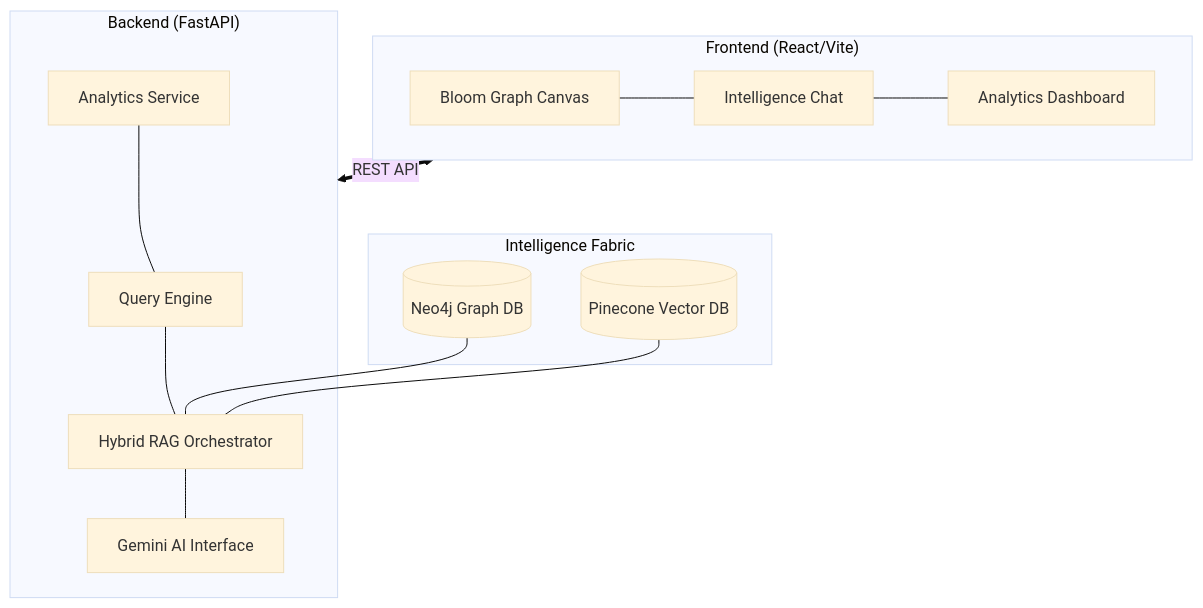
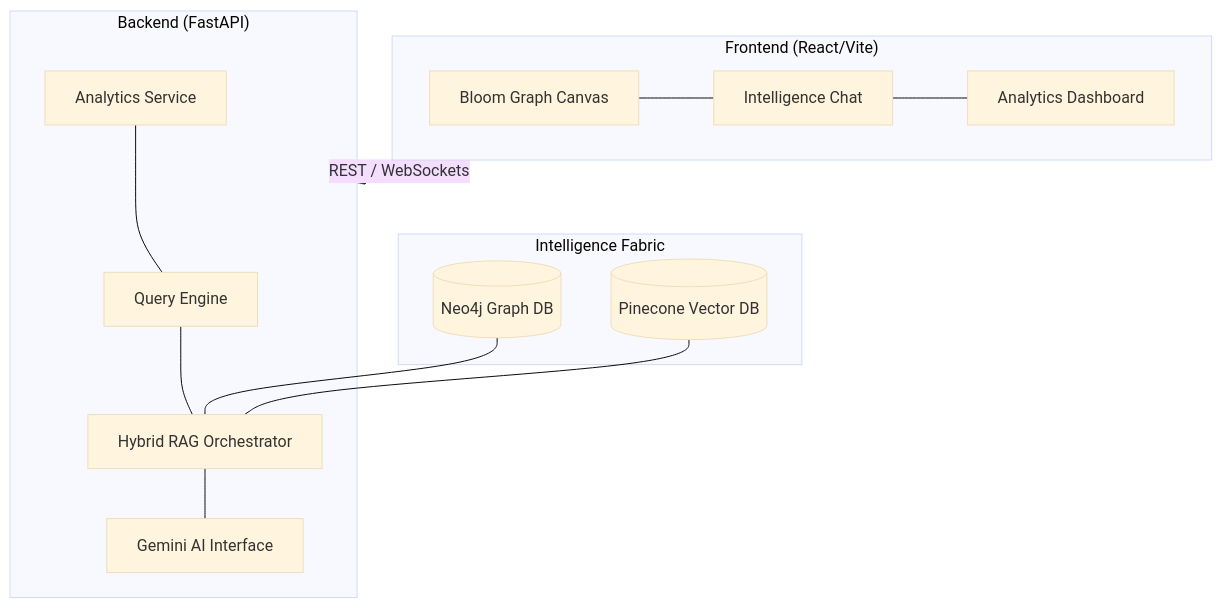
Before and after one commit to Juxtpawan/AI-based-Knowledge-Graph-Builder-for-Enterprise-Intelligence: the diagram in README.md, drawn with Mermaid (base theme). The commit also changed other lines of this file and 43 other files, not shown here.

Commit message:
feat: initialize full-stack RAG-based knowledge graph forensic platform with interactive chat, graph visualization, and analytics dashboard.

````diff
--- a/README.md
+++ b/README.md
@@ -89,20 +95,20 @@
 ```mermaid
 graph TD
     subgraph Client ["Frontend (React/Vite)"]
         A[Bloom Graph Canvas] --- B[Intelligence Chat]
         B --- C[Analytics Dashboard]
     end
 
     subgraph Server ["Backend (FastAPI)"]
         D[Query Engine] --- E[Hybrid RAG Orchestrator]
         E --- F[Gemini AI Interface]
         G[Analytics Service] --- D
     end
 
     subgraph Storage ["Intelligence Fabric"]
         H[(Neo4j Graph DB)] --- E
         I[(Pinecone Vector DB)] --- E
     end
 
-    Client <==>|REST API| Server
+    Client <==>|REST / WebSockets| Server
 ```
````
